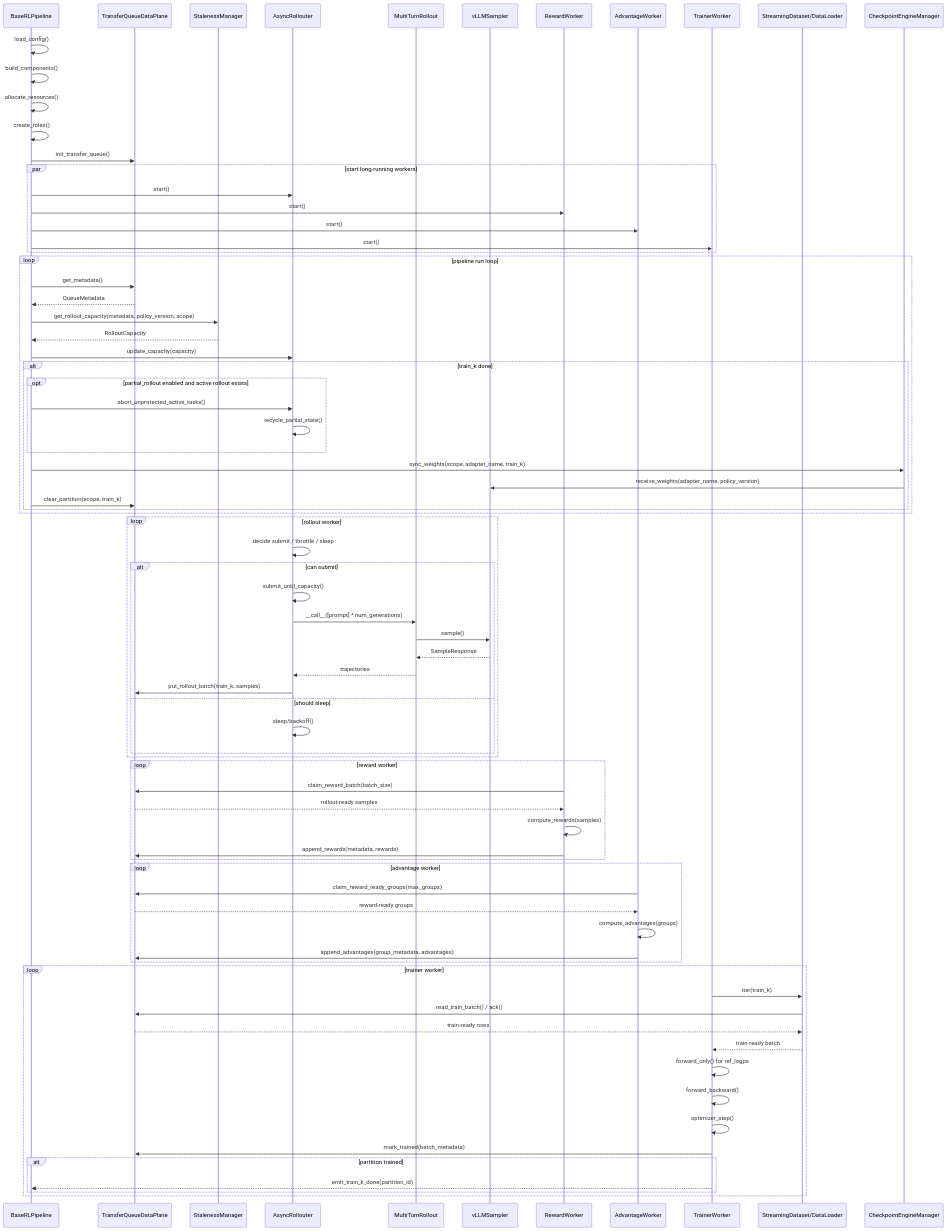
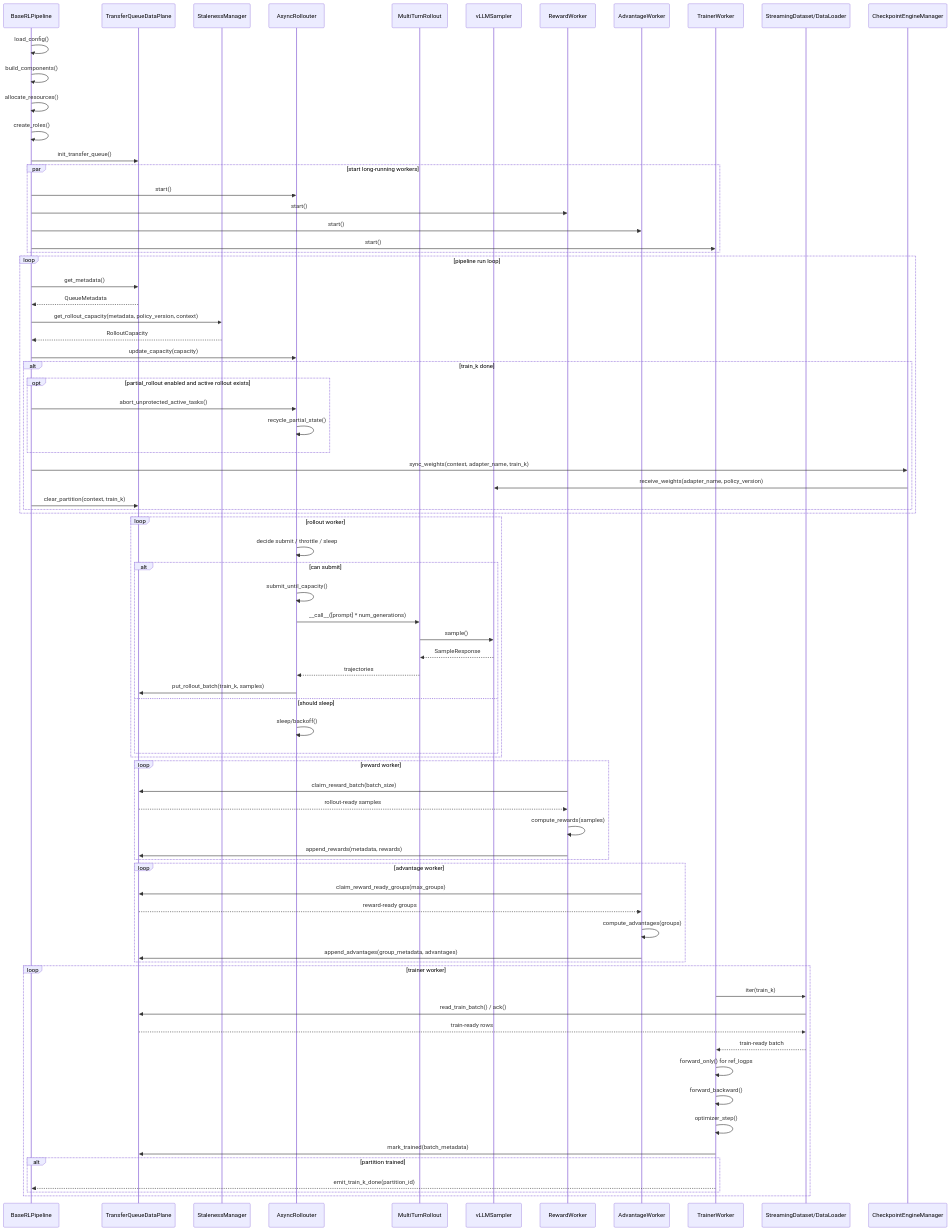
The second of 2 diagrams in multilora-async-rl/详细设计.md (0hujun/twinkle), drawn with Mermaid before and after one commit. The commit also changed other lines of this file and 18 other files, not shown here.

```diff
--- a/multilora-async-rl/详细设计.md
+++ b/multilora-async-rl/详细设计.md
@@ -403,7 +403,7 @@
     loop pipeline run loop
         P->>Q: get_metadata()
         Q-->>P: QueueMetadata
-        P->>S: get_rollout_capacity(metadata, policy_version, scope)
+        P->>S: get_rollout_capacity(metadata, policy_version, context)
         S-->>P: RolloutCapacity
         P->>R: update_capacity(capacity)
 
@@ -412,9 +412,9 @@
                 P->>R: abort_unprotected_active_tasks()
                 R->>R: recycle_partial_state()
             end
-            P->>C: sync_weights(scope, adapter_name, train_k)
+            P->>C: sync_weights(context, adapter_name, train_k)
             C->>V: receive_weights(adapter_name, policy_version)
-            P->>Q: clear_partition(scope, train_k)
+            P->>Q: clear_partition(context, train_k)
         end
     end
 
```
